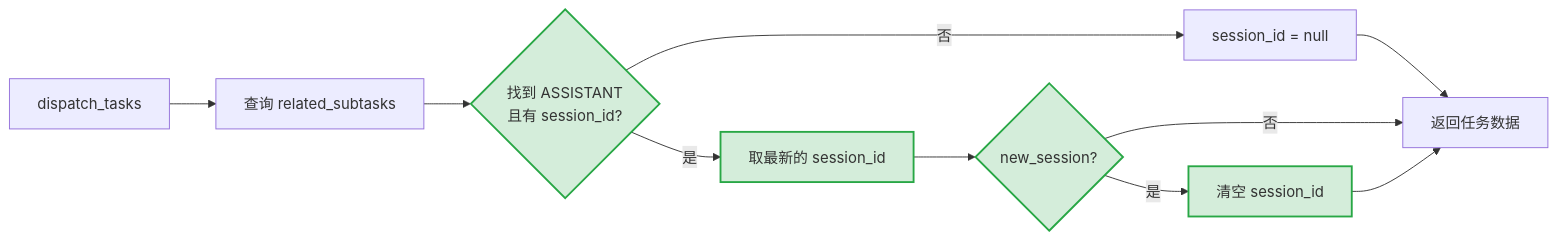
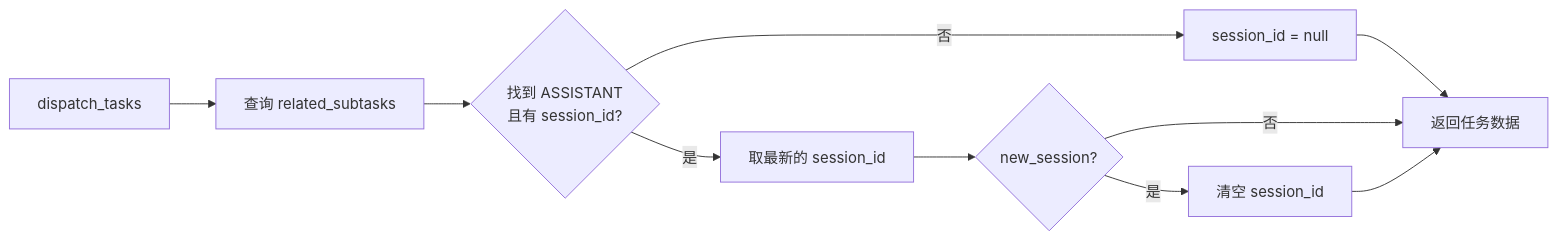
Before and after one commit to wecode-ai/Wegent: the seventh of 10 diagrams in docs/zh/features/task-restore.md, drawn with Mermaid. The commit also changed other lines of this file, not shown here.

````diff
--- a/docs/zh/features/task-restore.md
+++ b/docs/zh/features/task-restore.md
@@ -152,14 +235,12 @@
 ```mermaid
 flowchart LR
     A[dispatch_tasks] --> B[查询 related_subtasks]
-    B --> C{找到 ASSISTANT<br/>且有 session_id?}:::new
-    C -->|是| D[取最新的 session_id]:::new
+    B --> C{找到 ASSISTANT<br/>且有 session_id?}
+    C -->|是| D[取最新的 session_id]
     C -->|否| E[session_id = null]
-    D --> F{new_session?}:::new
+    D --> F{new_session?}
     E --> G[返回任务数据]
-    F -->|是| H[清空 session_id]:::new
+    F -->|是| H[清空 session_id]
     F -->|否| G
     H --> G
-
-    classDef new fill:#d4edda,stroke:#28a745,stroke-width:2px
 ```
````
